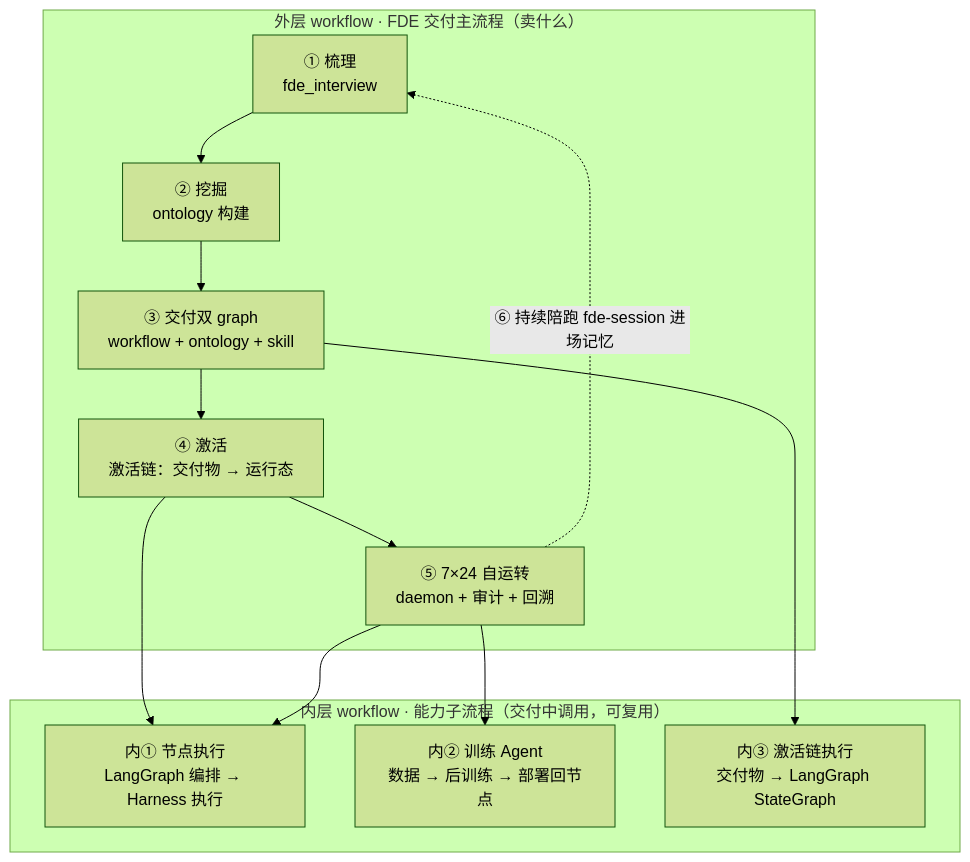
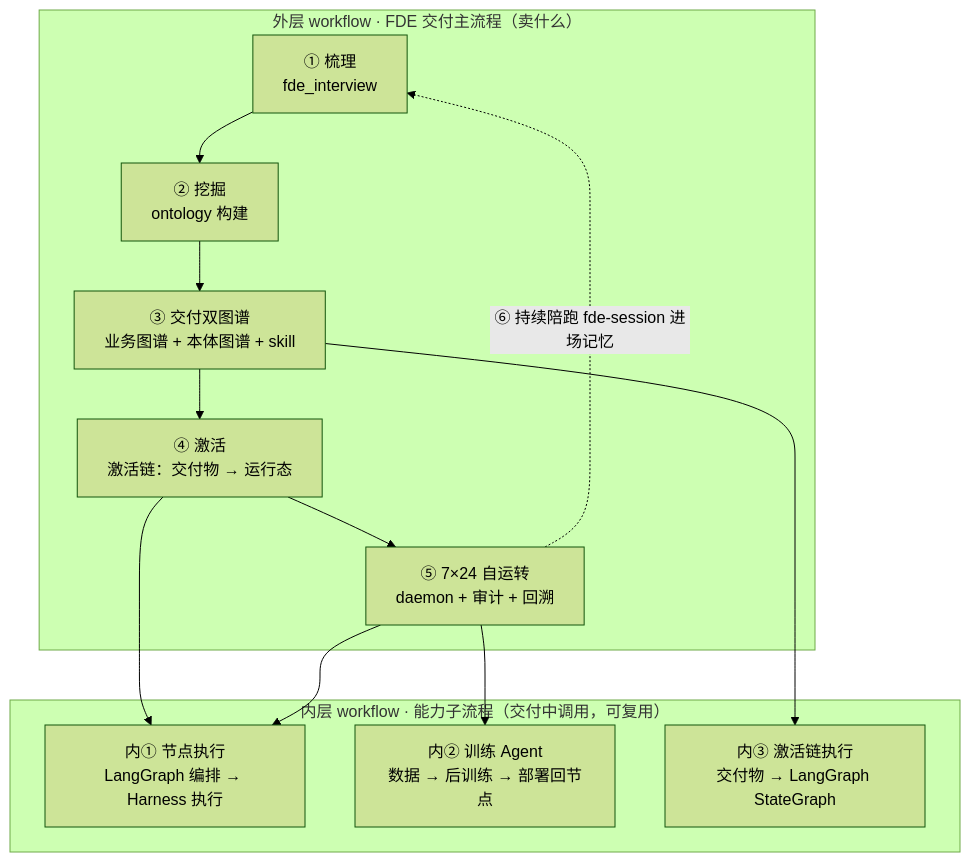
One commit to KongFangXun/sofagent changed the diagram in docs/WIKI.md. Above: the diagram before and after it, drawn with Mermaid (forest theme). The commit also changed other lines of this file and 41 other files, not shown here.

First line of the commit message:
refactor(docs+skill): 术语统一「工作流→业务流」+ 双图谱交付 + 业务图谱/本体图谱定义 + 收编并发 Q6/Q8/Q11

````diff
--- a/docs/WIKI.md
+++ b/docs/WIKI.md
@@ -41,19 +41,19 @@
 ```mermaid
 graph TB
     subgraph OUT["外层 workflow · FDE 交付主流程（卖什么）"]
         O1["① 梳理<br/>fde_interview"] --> O2["② 挖掘<br/>ontology 构建"]
-        O2 --> O3["③ 交付双 graph<br/>workflow + ontology + skill"]
+        O2 --> O3["③ 交付双图谱<br/>业务图谱 + 本体图谱 + skill"]
         O3 --> O4["④ 激活<br/>激活链：交付物 → 运行态"]
         O4 --> O5["⑤ 7×24 自运转<br/>daemon + 审计 + 回溯"]
         O5 -.->|"⑥ 持续陪跑 fde-session 进场记忆"| O1
     end
     subgraph IN["内层 workflow · 能力子流程（交付中调用，可复用）"]
         I1["内① 节点执行<br/>LangGraph 编排 → Harness 执行"]
         I2["内② 训练 Agent<br/>数据 → 后训练 → 部署回节点"]
         I3["内③ 激活链执行<br/>交付物 → LangGraph StateGraph"]
     end
     O3 --> I3
     O4 --> I1
     O5 --> I1
     O5 --> I2
 ```
````
